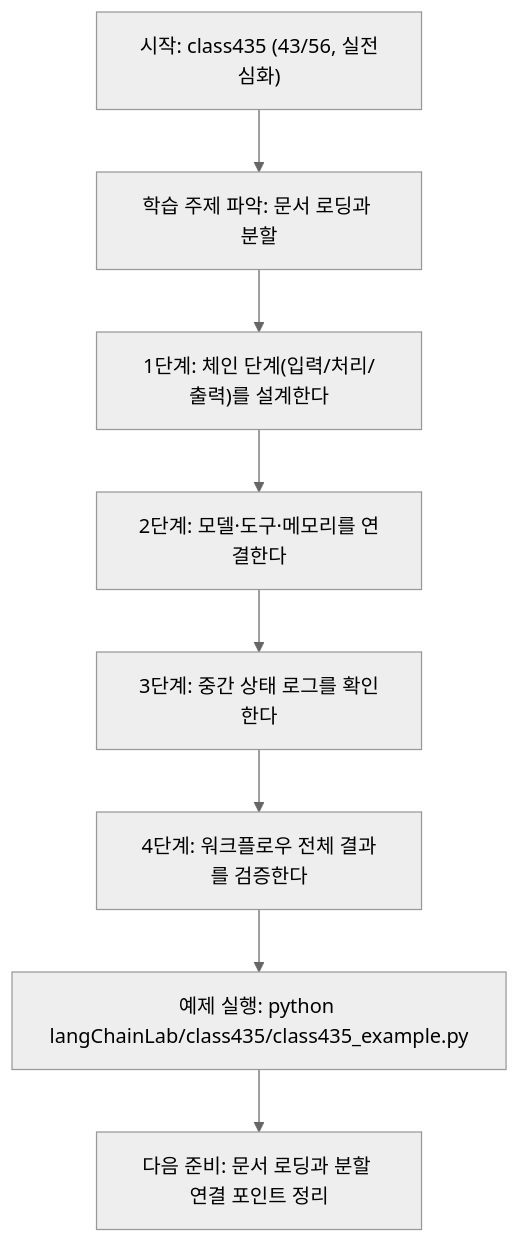
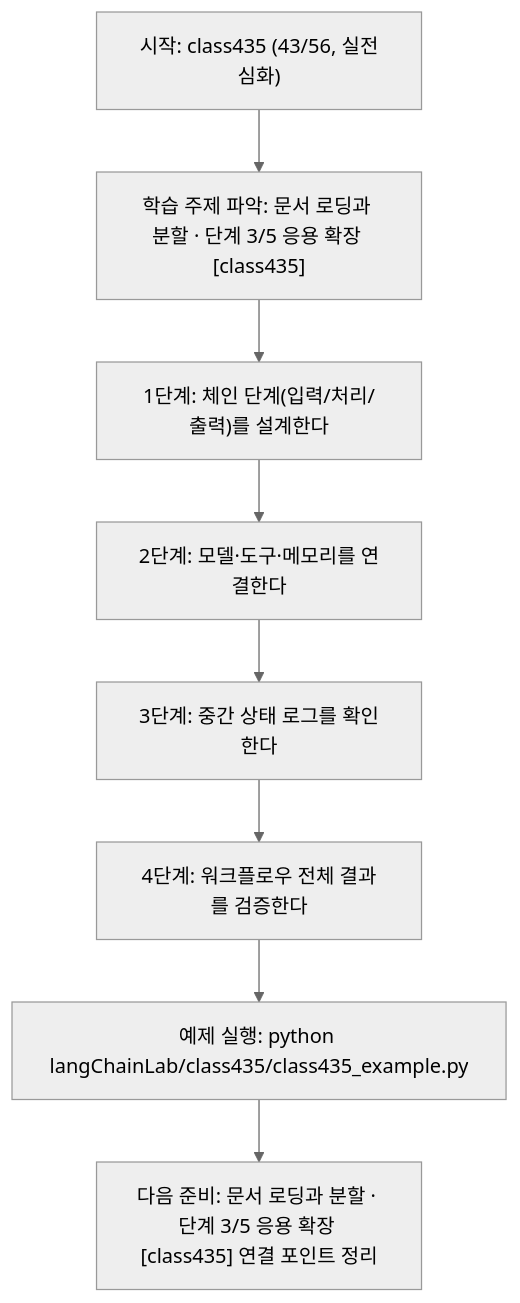
One commit to edumgt/Python-AI_Agent-Class changed the diagram in langChainLab/class435/class435.md. Above: the diagram before and after it, drawn with Mermaid (neutral theme). The commit also changed other lines of this file and 522 other files, not shown here.

````diff
--- a/langChainLab/class435/class435.md
+++ b/langChainLab/class435/class435.md
@@ -109,18 +110,18 @@
 ```mermaid
 flowchart TD
 N1["시작: class435 (43/56, 실전심화)"]
-N2["학습 주제 파악: 문서 로딩과 분할"]
+N2["학습 주제 파악: 문서 로딩과 분할 · 단계 3/5 응용 확장 [class435]"]
 N3["1단계: 체인 단계(입력/처리/출력)를 설계한다"]
 N4["2단계: 모델·도구·메모리를 연결한다"]
 N5["3단계: 중간 상태 로그를 확인한다"]
 N6["4단계: 워크플로우 전체 결과를 검증한다"]
 N7["예제 실행: python langChainLab/class435/class435_example.py"]
-N8["다음 준비: 문서 로딩과 분할 연결 포인트 정리"]
+N8["다음 준비: 문서 로딩과 분할 · 단계 3/5 응용 확장 [class435] 연결 포인트 정리"]
 N1 --> N2
 N2 --> N3
 N3 --> N4
 N4 --> N5
 N5 --> N6
 N6 --> N7
 N7 --> N8
 ```
````
